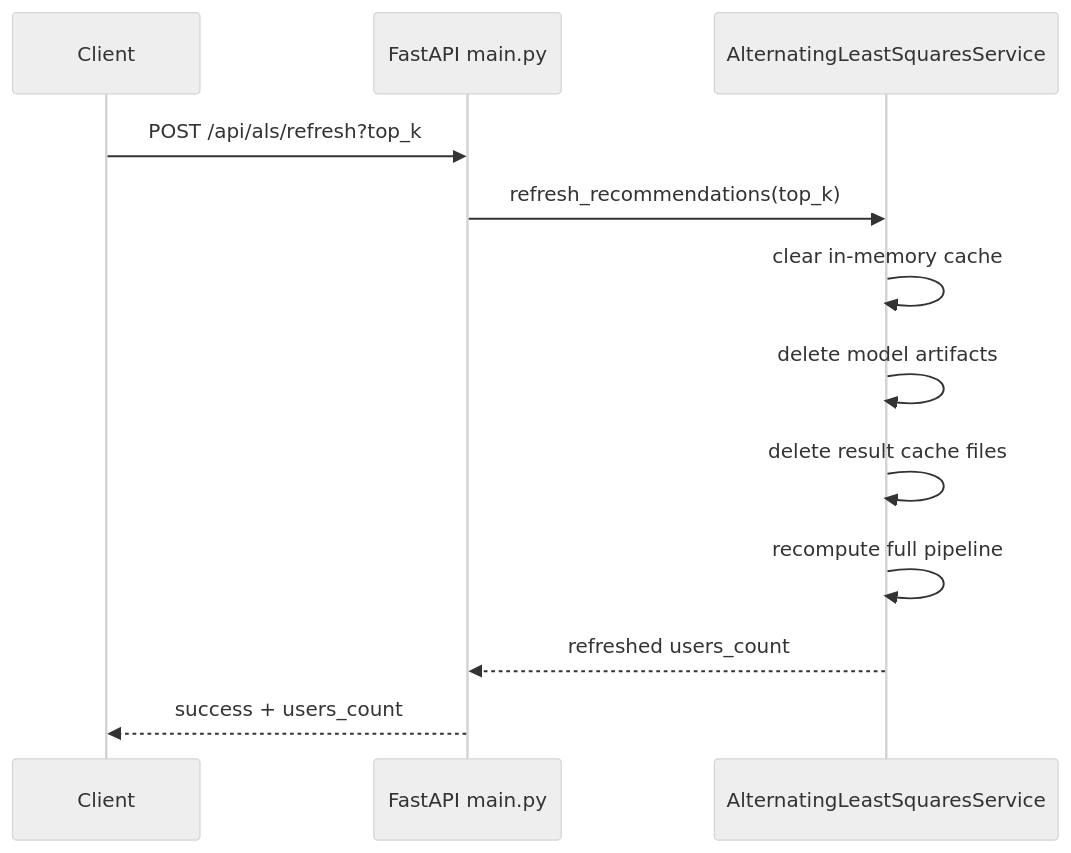
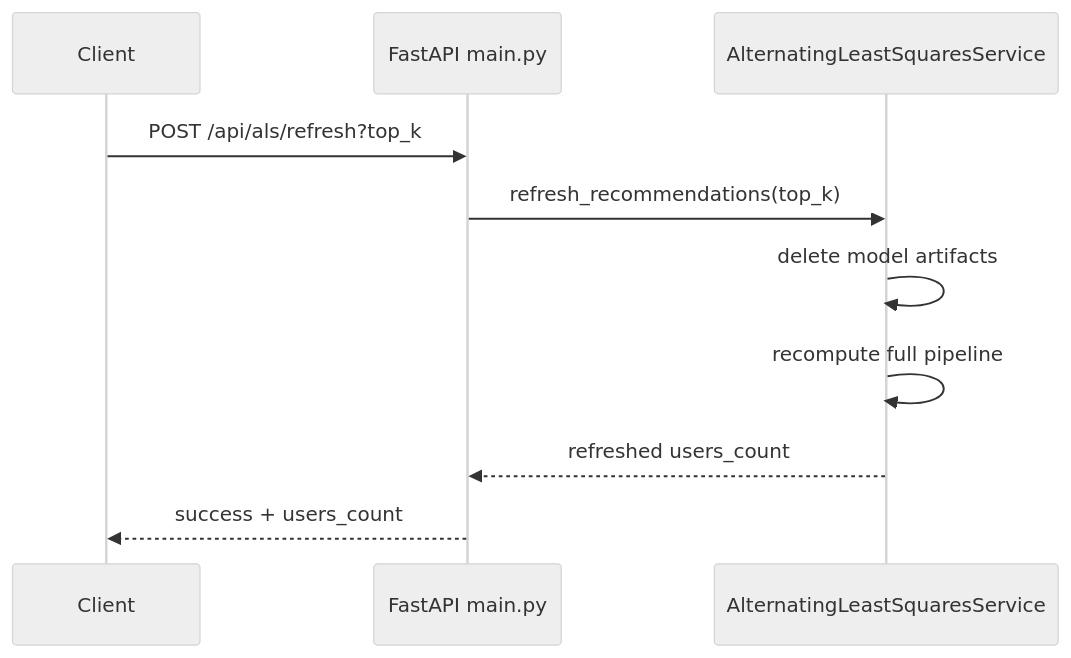
The fourth of 5 diagrams in docs/api_diagrams.md (KirillYarv/MLCoreAPI), drawn with Mermaid (neutral theme) before and after one commit. The commit also changed other lines of this file and 3 other files, not shown here.

````diff
--- a/docs/api_diagrams.md
+++ b/docs/api_diagrams.md
@@ -123,15 +124,13 @@
 ```mermaid
 sequenceDiagram
     participant Client
     participant API as FastAPI main.py
     participant ALS as AlternatingLeastSquaresService
 
     Client->>API: POST /api/als/refresh?top_k
     API->>ALS: refresh_recommendations(top_k)
-    ALS->>ALS: clear in-memory cache
     ALS->>ALS: delete model artifacts
-    ALS->>ALS: delete result cache files
     ALS->>ALS: recompute full pipeline
     ALS-->>API: refreshed users_count
     API-->>Client: success + users_count
 ```
````
